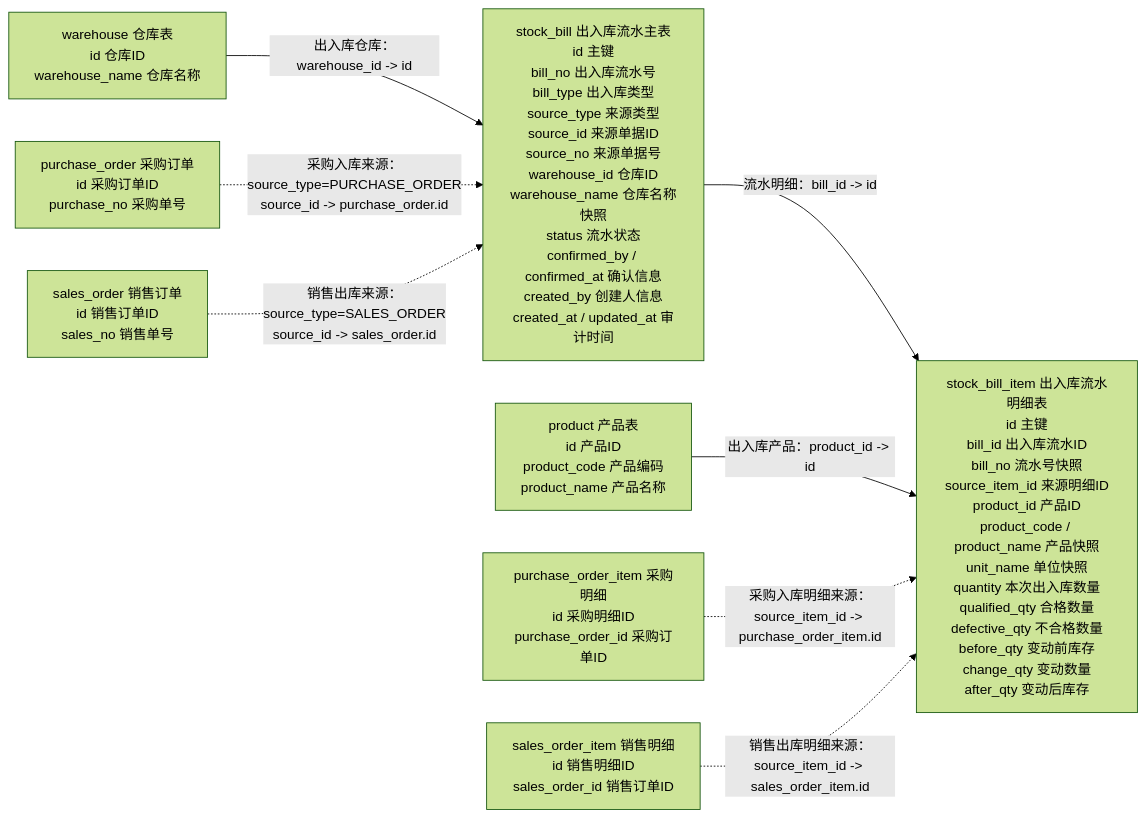
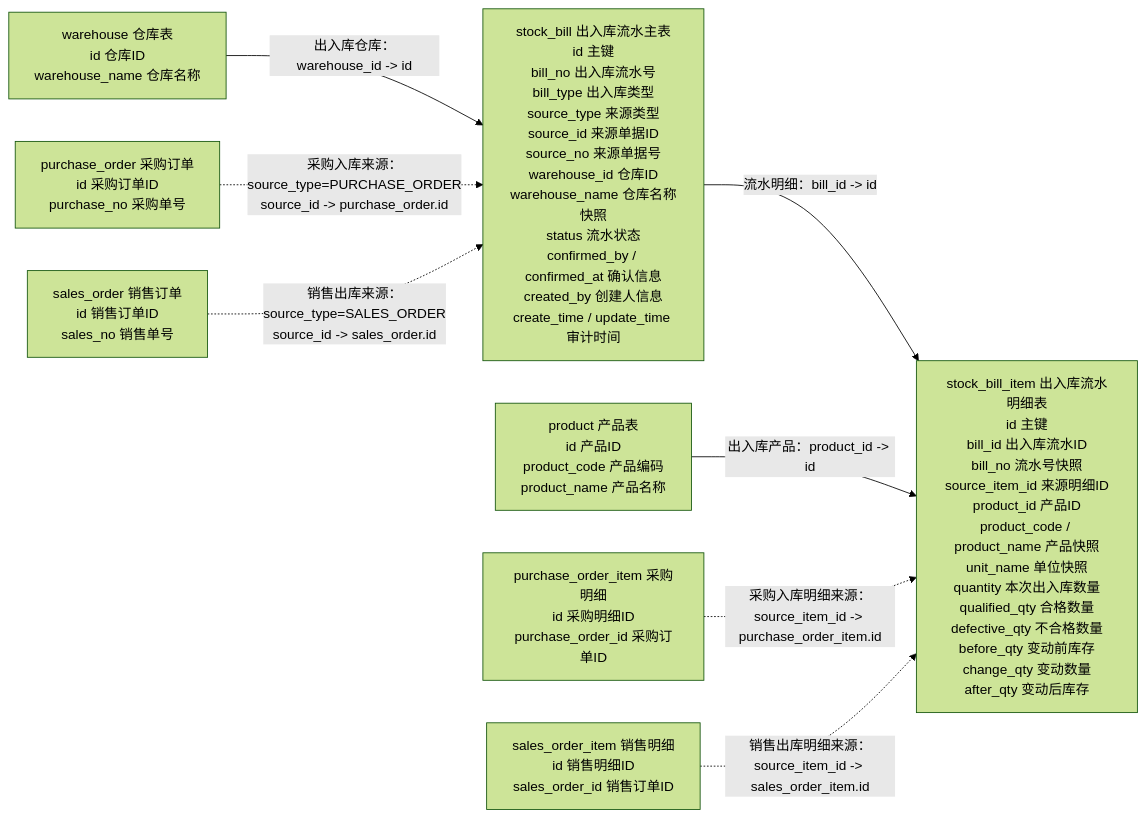
The tenth of 11 diagrams in docs/database/mvp-database-design-overview.md (LI-S-H/qiheng-erp), drawn with Mermaid (forest theme) before and after one commit. The commit also changed other lines of this file and 69 other files, not shown here.

````diff
--- a/docs/database/mvp-database-design-overview.md
+++ b/docs/database/mvp-database-design-overview.md
@@ -747,20 +747,20 @@
 ```mermaid
 flowchart LR
-    stockBill["stock_bill 出入库流水主表<br/>id 主键<br/>bill_no 出入库流水号<br/>bill_type 出入库类型<br/>source_type 来源类型<br/>source_id 来源单据ID<br/>source_no 来源单据号<br/>warehouse_id 仓库ID<br/>warehouse_name 仓库名称快照<br/>status 流水状态<br/>confirmed_by / confirmed_at 确认信息<br/>created_by 创建人信息<br/>created_at / updated_at 审计时间"]
+    stockBill["stock_bill 出入库流水主表<br/>id 主键<br/>bill_no 出入库流水号<br/>bill_type 出入库类型<br/>source_type 来源类型<br/>source_id 来源单据ID<br/>source_no 来源单据号<br/>warehouse_id 仓库ID<br/>warehouse_name 仓库名称快照<br/>status 流水状态<br/>confirmed_by / confirmed_at 确认信息<br/>created_by 创建人信息<br/>create_time / update_time 审计时间"]
     stockItem["stock_bill_item 出入库流水明细表<br/>id 主键<br/>bill_id 出入库流水ID<br/>bill_no 流水号快照<br/>source_item_id 来源明细ID<br/>product_id 产品ID<br/>product_code / product_name 产品快照<br/>unit_name 单位快照<br/>quantity 本次出入库数量<br/>qualified_qty 合格数量<br/>defective_qty 不合格数量<br/>before_qty 变动前库存<br/>change_qty 变动数量<br/>after_qty 变动后库存"]
     warehouseRef["warehouse 仓库表<br/>id 仓库ID<br/>warehouse_name 仓库名称"]
     productRef["product 产品表<br/>id 产品ID<br/>product_code 产品编码<br/>product_name 产品名称"]
     purchaseOrderRef["purchase_order 采购订单<br/>id 采购订单ID<br/>purchase_no 采购单号"]
     purchaseItemRef["purchase_order_item 采购明细<br/>id 采购明细ID<br/>purchase_order_id 采购订单ID"]
     salesOrderRef["sales_order 销售订单<br/>id 销售订单ID<br/>sales_no 销售单号"]
     salesItemRef["sales_order_item 销售明细<br/>id 销售明细ID<br/>sales_order_id 销售订单ID"]
 
     warehouseRef -->|"出入库仓库：warehouse_id -> id"| stockBill
     stockBill -->|"流水明细：bill_id -> id"| stockItem
     productRef -->|"出入库产品：product_id -> id"| stockItem
 
     purchaseOrderRef -.->|"采购入库来源：source_type=PURCHASE_ORDER<br/>source_id -> purchase_order.id"| stockBill
     salesOrderRef -.->|"销售出库来源：source_type=SALES_ORDER<br/>source_id -> sales_order.id"| stockBill
     purchaseItemRef -.->|"采购入库明细来源：source_item_id -> purchase_order_item.id"| stockItem
     salesItemRef -.->|"销售出库明细来源：source_item_id -> sales_order_item.id"| stockItem
 ```
````
